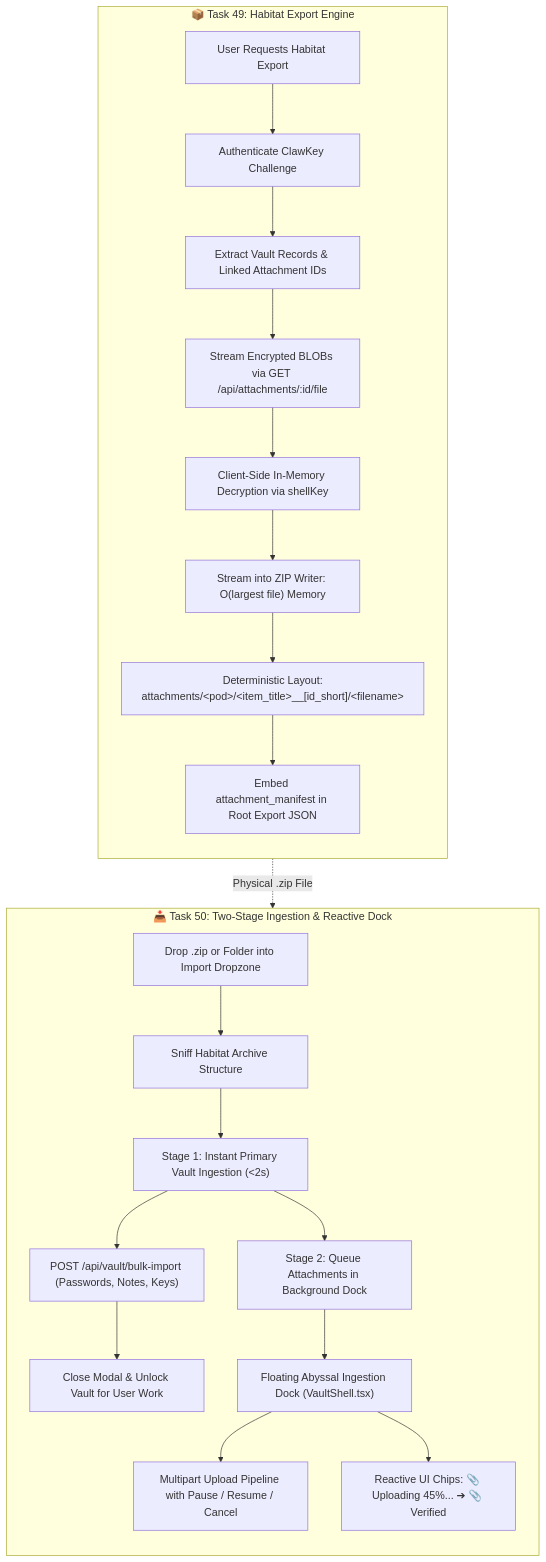
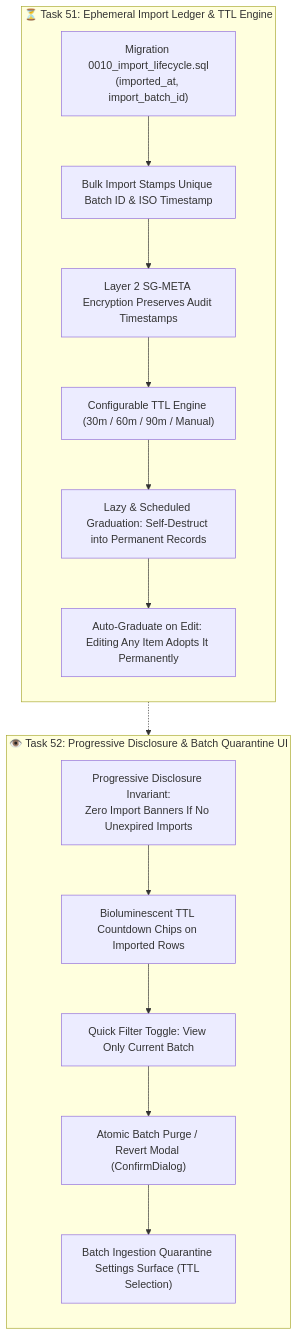
One commit to ClawStackStudios/ShellGuard changed the second of 2 diagrams in HANDOFF.md. Above: the diagram before and after it, drawn with Mermaid. The commit also changed other lines of this file, not shown here.

First line of the commit message:
docs: update inter-session handoff protocol & root HANDOFF.md for Phase 26

````diff
--- a/HANDOFF.md
+++ b/HANDOFF.md
@@ -155,27 +164,21 @@
 ```mermaid
 flowchart TD
-    subgraph Packaging ["📦 Task 49: Habitat Export Engine"]
+    subgraph Engine ["⏳ Task 51: Ephemeral Import Ledger & TTL Engine"]
         direction TB
-        E1["User Requests Habitat Export"] --> E2["Authenticate ClawKey Challenge"]
-        E2 --> E3["Extract Vault Records & Linked Attachment IDs"]
-        E3 --> E4["Stream Encrypted BLOBs via GET /api/attachments/:id/file"]
-        E4 --> E5["Client-Side In-Memory Decryption via shellKey"]
-        E5 --> E6["Stream into ZIP Writer: O(largest file) Memory"]
-        E6 --> E7["Deterministic Layout:<br/>attachments/&lt;pod&gt;/&lt;item_title&gt;__[id_short]/&lt;filename&gt;"]
-        E7 --> E8["Embed attachment_manifest in Root Export JSON"]
+        E1["Migration 0010_import_lifecycle.sql\n(imported_at, import_batch_id)"] --> E2["Bulk Import Stamps Unique Batch ID & ISO Timestamp"]
+        E2 --> E3["Layer 2 SG-META Encryption Preserves Audit Timestamps"]
+        E3 --> E4["Configurable TTL Engine (30m / 60m / 90m / Manual)"]
+        E4 --> E5["Lazy & Scheduled Graduation: Self-Destruct into Permanent Records"]
+        E5 --> E6["Auto-Graduate on Edit: Editing Any Item Adopts It Permanently"]
     end
 
-    subgraph Dock ["📥 Task 50: Two-Stage Ingestion & Reactive Dock"]
+    subgraph UI ["👁️ Task 52: Progressive Disclosure & Batch Quarantine UI"]
         direction TB
-        D1["Drop .zip or Folder into Import Dropzone"] --> D2["Sniff Habitat Archive Structure"]
-        D2 --> D3["Stage 1: Instant Primary Vault Ingestion (&lt;2s)"]
-        D3 --> D4["POST /api/vault/bulk-import (Passwords, Notes, Keys)"]
-        D4 --> D5["Close Modal & Unlock Vault for User Work"]
-        D3 --> D6["Stage 2: Queue Attachments in Background Dock"]
-        D6 --> D7["Floating Abyssal Ingestion Dock (VaultShell.tsx)"]
-        D7 --> D8["Multipart Upload Pipeline with Pause / Resume / Cancel"]
-        D7 --> D9["Reactive UI Chips: 📎 Uploading 45%... ➔ 📎 Verified"]
+        U1["Progressive Disclosure Invariant:\nZero Import Banners If No Unexpired Imports"] --> U2["Bioluminescent TTL Countdown Chips on Imported Rows"]
+        U2 --> U3["Quick Filter Toggle: View Only Current Batch"]
+        U3 --> U4["Atomic Batch Purge / Revert Modal (ConfirmDialog)"]
+        U4 --> U5["Batch Ingestion Quarantine Settings Surface (TTL Selection)"]
     end
 
-    Packaging -.->|"Physical .zip File"| Dock
+    Engine -.-> UI
 ```
````
